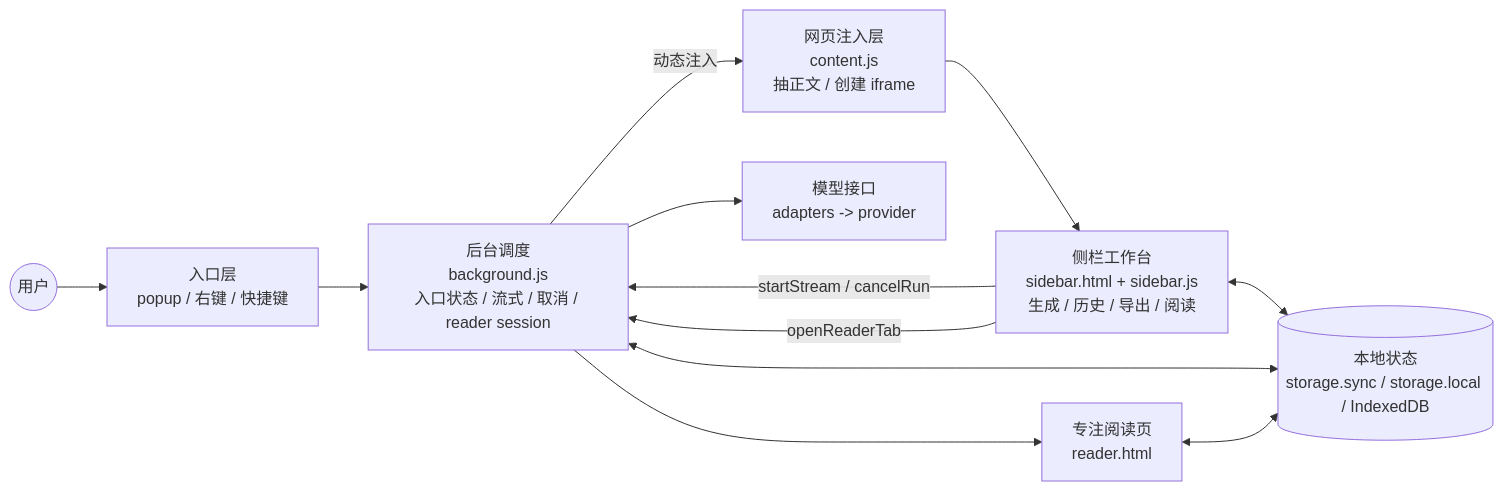
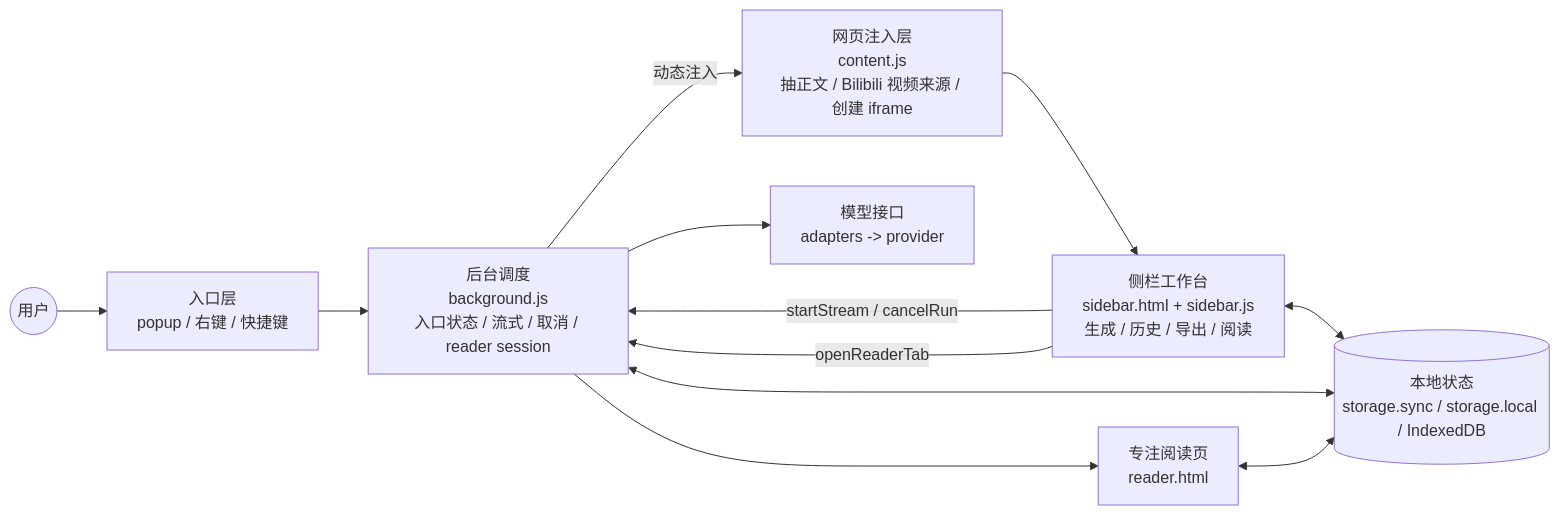
One commit to mutuyihao/yilan changed the first of 3 diagrams in docs/TECHNICAL_ARCHITECTURE.md. Above: the diagram before and after it, drawn with Mermaid. The commit also changed other lines of this file and 20 other files, not shown here.

````diff
--- a/docs/TECHNICAL_ARCHITECTURE.md
+++ b/docs/TECHNICAL_ARCHITECTURE.md
@@ -26,19 +26,19 @@
 ```mermaid
 flowchart LR
   U((用户))
   Entry["入口层<br/>popup / 右键 / 快捷键"]
   BG["后台调度<br/>background.js<br/>入口状态 / 流式 / 取消 / reader session"]
-  Page["网页注入层<br/>content.js<br/>抽正文 / 创建 iframe"]
+  Page["网页注入层<br/>content.js<br/>抽正文 / Bilibili 视频来源 / 创建 iframe"]
   Side["侧栏工作台<br/>sidebar.html + sidebar.js<br/>生成 / 历史 / 导出 / 阅读"]
   AI["模型接口<br/>adapters -> provider"]
   Store[("本地状态<br/>storage.sync / storage.local / IndexedDB")]
   Reader["专注阅读页<br/>reader.html"]
 
   U --> Entry --> BG
   BG -- 动态注入 --> Page --> Side
   Side -- startStream / cancelRun --> BG --> AI
   Side <--> Store
   BG <--> Store
   Side -- openReaderTab --> BG --> Reader
   Reader <--> Store
 ```
````
